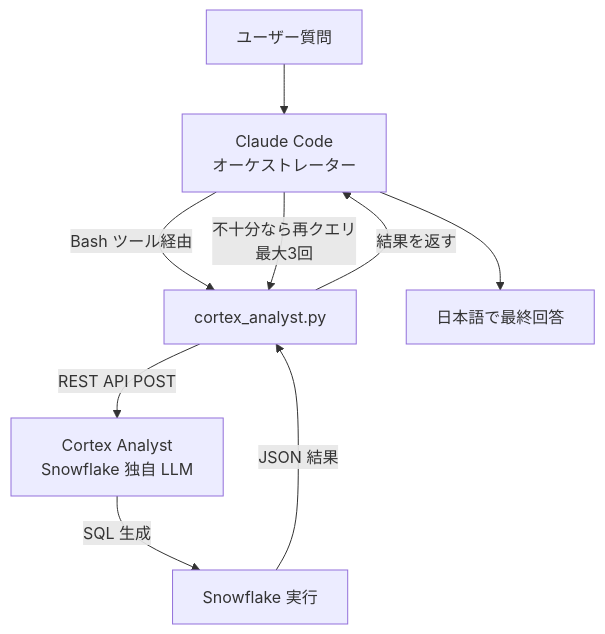
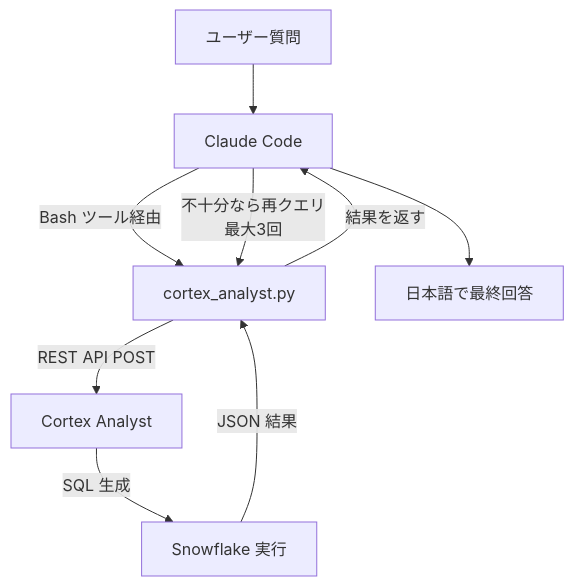
The diagram in public/2026-03-20-Snowflake_Sandbox.md (alfortx/qiita-articles), drawn with Mermaid before and after one commit. The commit also changed other lines of this file, not shown here.

Commit message:
update: 東京リージョンから出られない貴方へ ~ Snowflake Intelligence を使わない Snowflake Intelligence

````diff
--- a/public/2026-03-20-Snowflake_Sandbox.md
+++ b/public/2026-03-20-Snowflake_Sandbox.md
@@ -46,11 +46,11 @@
 ```mermaid
 flowchart TD
-    A[ユーザー質問] --> B[Claude Code\nオーケストレーター]
+    A[ユーザー質問] --> B[Claude Code]
     B -->|Bash ツール経由| C[cortex_analyst.py]
-    C -->|REST API POST| D[Cortex Analyst\nSnowflake 独自 LLM]
+    C -->|REST API POST| D[Cortex Analyst]
     D -->|SQL 生成| E[Snowflake 実行]
     E -->|JSON 結果| C
     C -->|結果を返す| B
     B -->|不十分なら再クエリ\n最大3回| C
     B --> F[日本語で最終回答]
 ```
````
